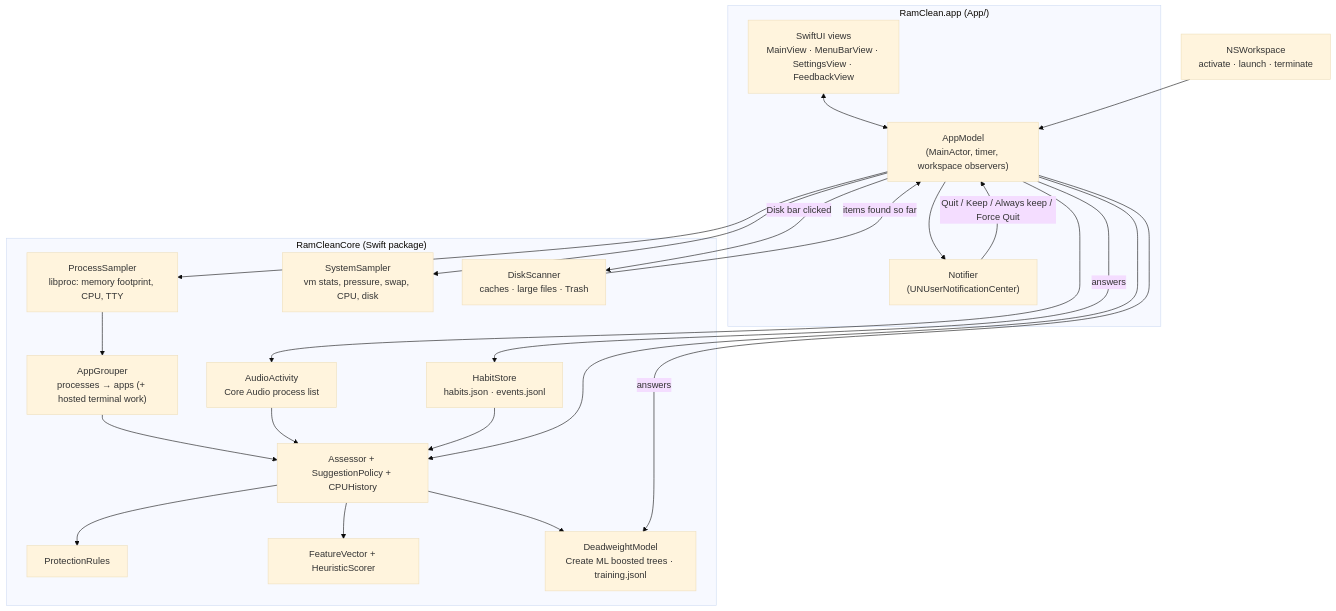
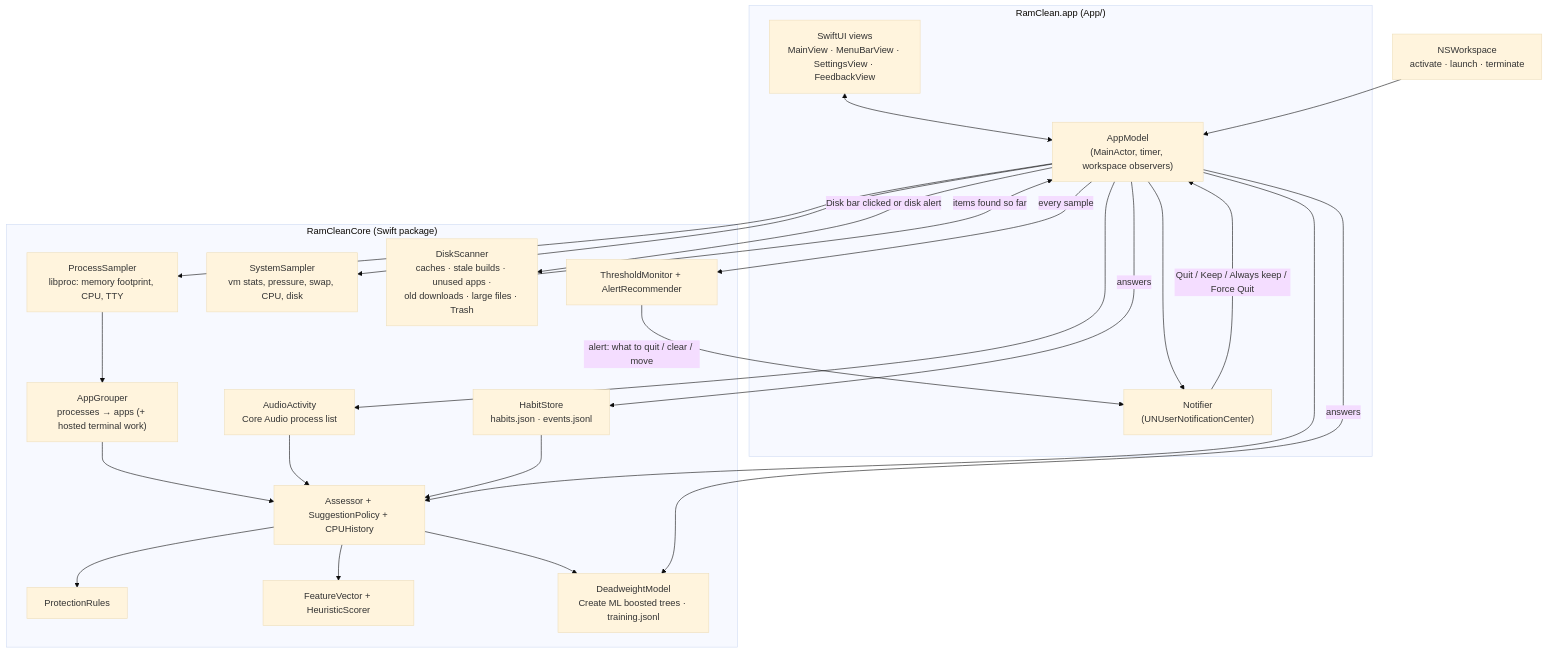
Before and after one commit to amalmehta/RamClean: the diagram in docs/SYSTEM-DESIGN.md, drawn with Mermaid (base theme). The commit also changed other lines of this file and 16 other files, not shown here.

First line of the commit message:
Add threshold alerts with recommendations, and suggest what's no longer used

````diff
--- a/docs/SYSTEM-DESIGN.md
+++ b/docs/SYSTEM-DESIGN.md
@@ -7,33 +7,36 @@
 ```mermaid
 flowchart TB
     subgraph App["RamClean.app (App/)"]
         UI["SwiftUI views<br/>MainView · MenuBarView · SettingsView · FeedbackView"]
         AM["AppModel<br/>(MainActor, timer, workspace observers)"]
         NT["Notifier<br/>(UNUserNotificationCenter)"]
     end
     subgraph Core["RamCleanCore (Swift package)"]
         PS["ProcessSampler<br/>libproc: memory footprint, CPU, TTY"]
         SS["SystemSampler<br/>vm stats, pressure, swap, CPU, disk"]
         AA["AudioActivity<br/>Core Audio process list"]
         GR["AppGrouper<br/>processes → apps (+ hosted terminal work)"]
         HS["HabitStore<br/>habits.json · events.jsonl"]
         PR["ProtectionRules"]
         FV["FeatureVector + HeuristicScorer"]
         DM["DeadweightModel<br/>Create ML boosted trees · training.jsonl"]
         AS["Assessor + SuggestionPolicy + CPUHistory"]
-        DS["DiskScanner<br/>caches · large files · Trash"]
+        DS["DiskScanner<br/>caches · stale builds · unused apps ·<br/>old downloads · large files · Trash"]
+        TM["ThresholdMonitor + AlertRecommender"]
     end
     AM --> PS & SS & AA
     PS --> GR --> AS
     AA --> AS
     HS --> AS
     AS --> PR & FV & DM
     AM --> AS
     AM --> NT
     NT -- "Quit / Keep / Always keep / Force Quit" --> AM
     AM -- answers --> DM & HS
     UI <--> AM
-    AM -- "Disk bar clicked" --> DS
+    AM -- "every sample" --> TM
+    TM -- "alert: what to quit / clear / move" --> NT
+    AM -- "Disk bar clicked or disk alert" --> DS
     DS -- "items found so far" --> AM
     NSW["NSWorkspace<br/>activate · launch · terminate"] --> AM
 ```
````
